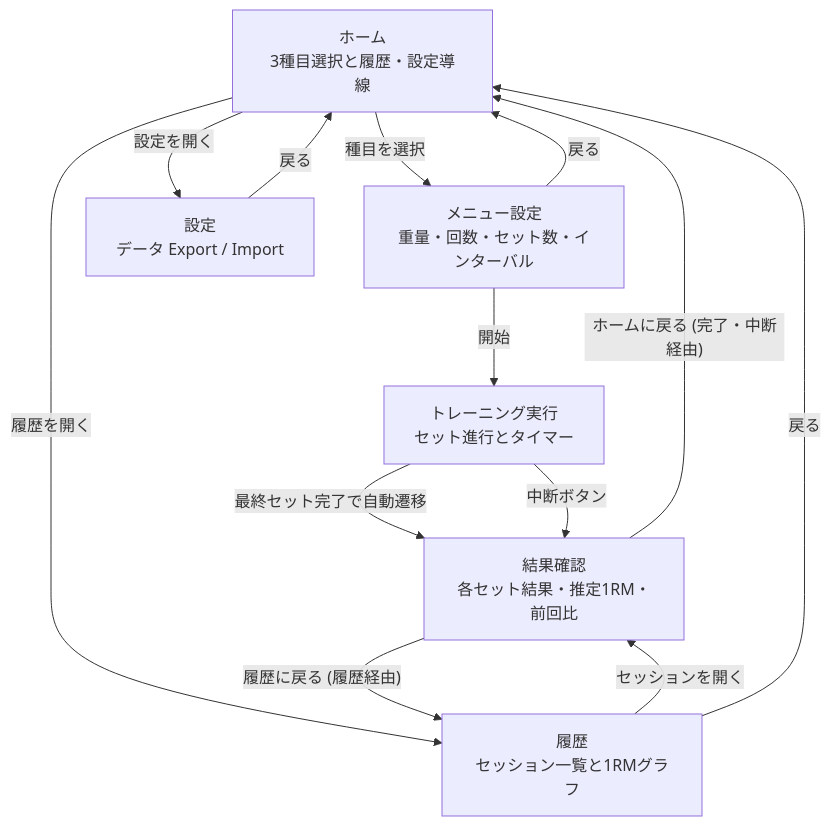
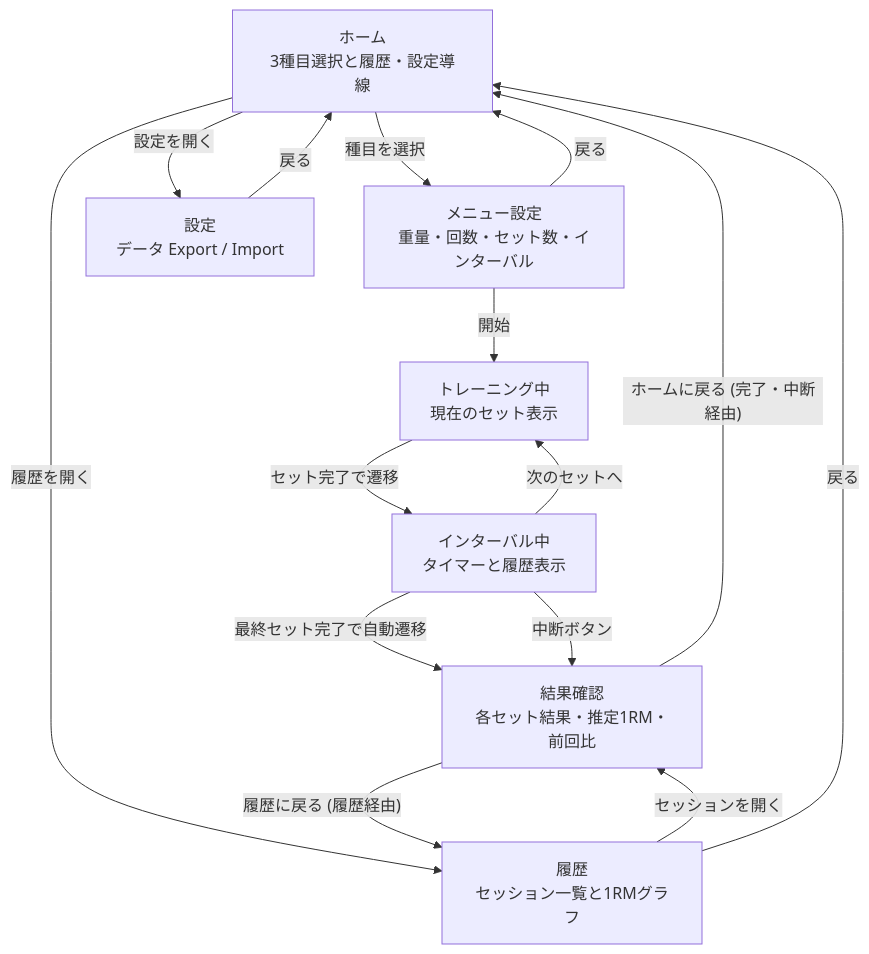
The first of 2 diagrams in docs/spec.md (umi-kappa/peak-rm), drawn with Mermaid before and after one commit. The commit also changed other lines of this file, not shown here.

````diff
--- a/docs/spec.md
+++ b/docs/spec.md
@@ -239,22 +300,25 @@
 ```mermaid
 flowchart TD
     Home["ホーム<br/>3種目選択と履歴・設定導線"]
     Menu["メニュー設定<br/>重量・回数・セット数・インターバル"]
-    Training["トレーニング実行<br/>セット進行とタイマー"]
+    Training["トレーニング中<br/>現在のセット表示"]
+    Interval["インターバル中<br/>タイマーと履歴表示"]
     Result["結果確認<br/>各セット結果・推定1RM・前回比"]
     History["履歴<br/>セッション一覧と1RMグラフ"]
     Settings["設定<br/>データ Export / Import"]
 
     Home -- 種目を選択 --> Menu
     Home -- 履歴を開く --> History
     Home -- 設定を開く --> Settings
     Menu -- 開始 --> Training
     Menu -- 戻る --> Home
-    Training -- 最終セット完了で自動遷移 --> Result
-    Training -- 中断ボタン --> Result
+    Training -- セット完了で遷移 --> Interval
+    Interval -- 次のセットへ --> Training
+    Interval -- 最終セット完了で自動遷移 --> Result
+    Interval -- 中断ボタン --> Result
     Result -- ホームに戻る (完了・中断経由) --> Home
     Result -- 履歴に戻る (履歴経由) --> History
     History -- セッションを開く --> Result
     History -- 戻る --> Home
     Settings -- 戻る --> Home
 ```
````
